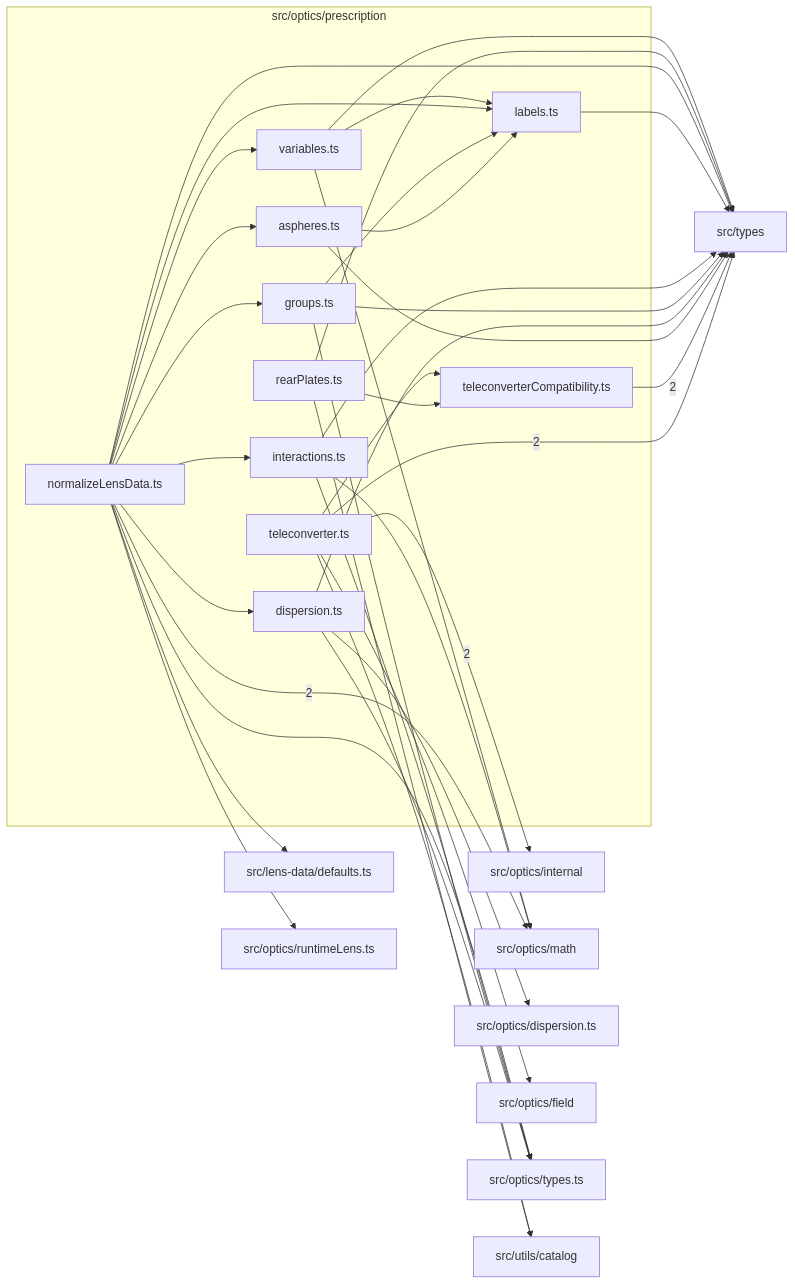
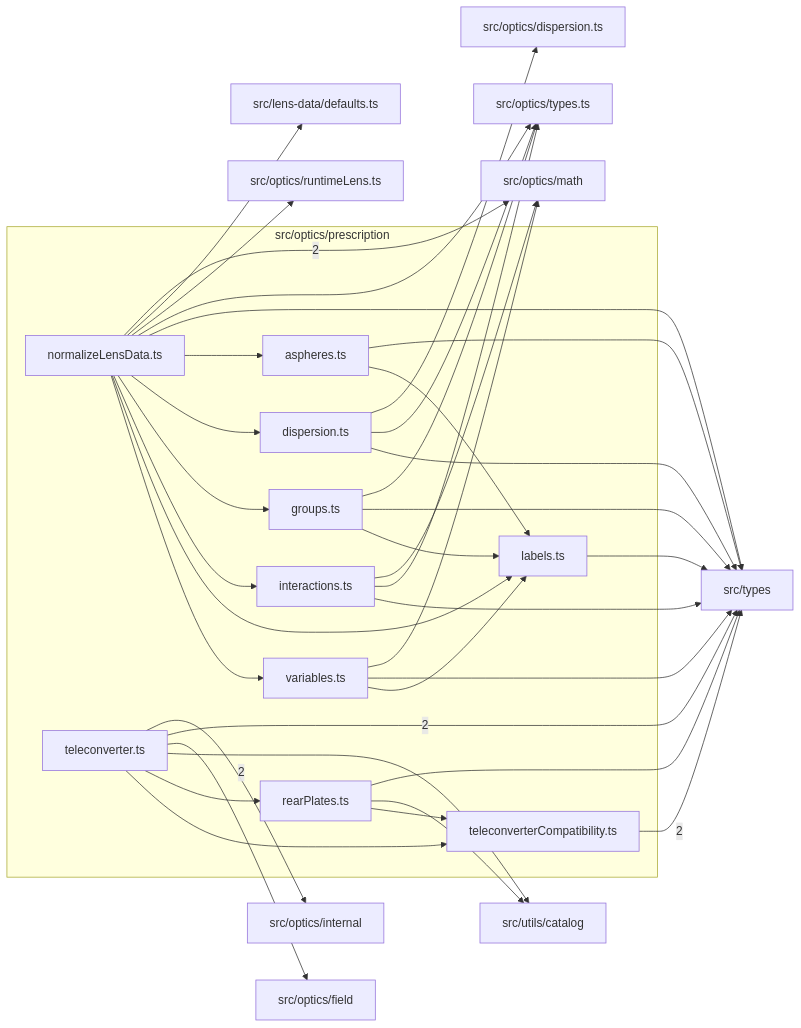
Before and after one commit to BeamFour/LensVisualizer: the diagram in src/optics/prescription/readme.md, drawn with Mermaid. The commit also changed other lines of this file and 11 other files, not shown here.

First line of the commit message:
Keep lens-side rear plates ahead of a mounted teleconverter

````diff
--- a/src/optics/prescription/readme.md
+++ b/src/optics/prescription/readme.md
@@ -9,59 +9,60 @@
 ```mermaid
 flowchart LR
   subgraph n_src_optics_prescription["src/optics/prescription"]
     n_src_optics_prescription_src_optics_prescription_aspheres_ts["aspheres.ts"]
     n_src_optics_prescription_src_optics_prescription_dispersion_ts["dispersion.ts"]
     n_src_optics_prescription_src_optics_prescription_groups_ts["groups.ts"]
     n_src_optics_prescription_src_optics_prescription_interactions_ts["interactions.ts"]
     n_src_optics_prescription_src_optics_prescription_labels_ts["labels.ts"]
     n_src_optics_prescription_src_optics_prescription_normalizeLensData_ts["normalizeLensData.ts"]
     n_src_optics_prescription_src_optics_prescription_rearPlates_ts["rearPlates.ts"]
     n_src_optics_prescription_src_optics_prescription_teleconverter_ts["teleconverter.ts"]
     n_src_optics_prescription_src_optics_prescription_teleconverterCompatibility_ts["teleconverterCompatibility.ts"]
     n_src_optics_prescription_src_optics_prescription_variables_ts["variables.ts"]
   end
   n_external_src_optics_internal["src/optics/internal"]
   n_external_src_optics_math["src/optics/math"]
   n_external_src_types["src/types"]
   n_external_src_lens_data_defaults_ts["src/lens-data/defaults.ts"]
   n_external_src_optics_dispersion_ts["src/optics/dispersion.ts"]
   n_external_src_optics_field["src/optics/field"]
   n_external_src_optics_runtimeLens_ts["src/optics/runtimeLens.ts"]
   n_external_src_optics_types_ts["src/optics/types.ts"]
   n_external_src_utils_catalog["src/utils/catalog"]
   n_src_optics_prescription_src_optics_prescription_teleconverter_ts --> |2| n_external_src_optics_internal
   n_src_optics_prescription_src_optics_prescription_normalizeLensData_ts --> |2| n_external_src_optics_math
   n_src_optics_prescription_src_optics_prescription_teleconverter_ts --> |2| n_external_src_types
   n_src_optics_prescription_src_optics_prescription_teleconverterCompatibility_ts --> |2| n_external_src_types
   n_src_optics_prescription_src_optics_prescription_normalizeLensData_ts --> n_external_src_lens_data_defaults_ts
   n_src_optics_prescription_src_optics_prescription_dispersion_ts --> n_external_src_optics_dispersion_ts
   n_src_optics_prescription_src_optics_prescription_teleconverter_ts --> n_external_src_optics_field
   n_src_optics_prescription_src_optics_prescription_interactions_ts --> n_external_src_optics_math
   n_src_optics_prescription_src_optics_prescription_variables_ts --> n_external_src_optics_math
   n_src_optics_prescription_src_optics_prescription_normalizeLensData_ts --> n_external_src_optics_runtimeLens_ts
   n_src_optics_prescription_src_optics_prescription_dispersion_ts --> n_external_src_optics_types_ts
   n_src_optics_prescription_src_optics_prescription_groups_ts --> n_external_src_optics_types_ts
   n_src_optics_prescription_src_optics_prescription_interactions_ts --> n_external_src_optics_types_ts
   n_src_optics_prescription_src_optics_prescription_normalizeLensData_ts --> n_external_src_optics_types_ts
   n_src_optics_prescription_src_optics_prescription_aspheres_ts --> n_external_src_types
   n_src_optics_prescription_src_optics_prescription_dispersion_ts --> n_external_src_types
   n_src_optics_prescription_src_optics_prescription_groups_ts --> n_external_src_types
   n_src_optics_prescription_src_optics_prescription_interactions_ts --> n_external_src_types
   n_src_optics_prescription_src_optics_prescription_labels_ts --> n_external_src_types
   n_src_optics_prescription_src_optics_prescription_normalizeLensData_ts --> n_external_src_types
   n_src_optics_prescription_src_optics_prescription_rearPlates_ts --> n_external_src_types
   n_src_optics_prescription_src_optics_prescription_variables_ts --> n_external_src_types
   n_src_optics_prescription_src_optics_prescription_rearPlates_ts --> n_external_src_utils_catalog
   n_src_optics_prescription_src_optics_prescription_teleconverter_ts --> n_external_src_utils_catalog
   n_src_optics_prescription_src_optics_prescription_normalizeLensData_ts --> n_src_optics_prescription_src_optics_prescription_aspheres_ts
   n_src_optics_prescription_src_optics_prescription_normalizeLensData_ts --> n_src_optics_prescription_src_optics_prescription_dispersion_ts
   n_src_optics_prescription_src_optics_prescription_normalizeLensData_ts --> n_src_optics_prescription_src_optics_prescription_groups_ts
   n_src_optics_prescription_src_optics_prescription_normalizeLensData_ts --> n_src_optics_prescription_src_optics_prescription_interactions_ts
   n_src_optics_prescription_src_optics_prescription_aspheres_ts --> n_src_optics_prescription_src_optics_prescription_labels_ts
   n_src_optics_prescription_src_optics_prescription_groups_ts --> n_src_optics_prescription_src_optics_prescription_labels_ts
   n_src_optics_prescription_src_optics_prescription_normalizeLensData_ts --> n_src_optics_prescription_src_optics_prescription_labels_ts
   n_src_optics_prescription_src_optics_prescription_variables_ts --> n_src_optics_prescription_src_optics_prescription_labels_ts
+  n_src_optics_prescription_src_optics_prescription_teleconverter_ts --> n_src_optics_prescription_src_optics_prescription_rearPlates_ts
   n_src_optics_prescription_src_optics_prescription_rearPlates_ts --> n_src_optics_prescription_src_optics_prescription_teleconverterCompatibility_ts
   n_src_optics_prescription_src_optics_prescription_teleconverter_ts --> n_src_optics_prescription_src_optics_prescription_teleconverterCompatibility_ts
   n_src_optics_prescription_src_optics_prescription_normalizeLensData_ts --> n_src_optics_prescription_src_optics_prescription_variables_ts
 ```
````
